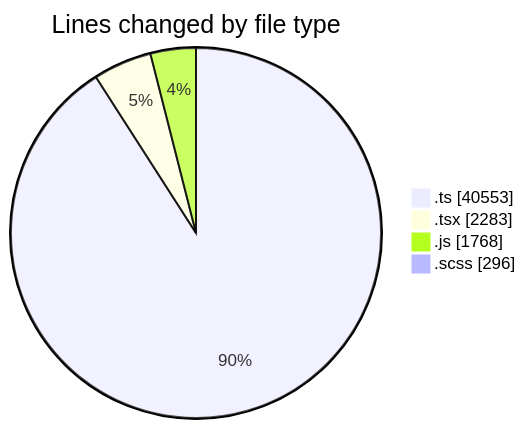
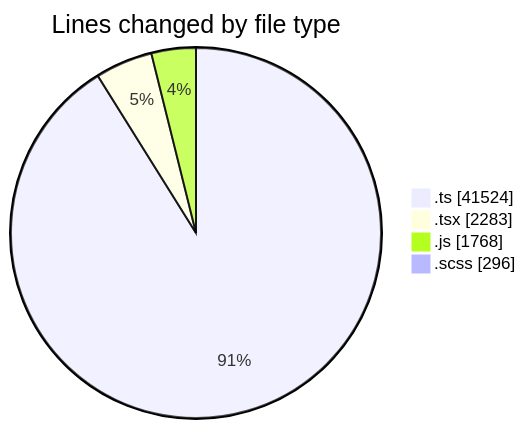
Before and after one commit to momahboobian/code-tracking: the first of 2 diagrams in 2025-06-23/cda/README.md, drawn with Mermaid. The commit also changed other lines of this file and 1 other file, not shown here.

````diff
--- a/2025-06-23/cda/README.md
+++ b/2025-06-23/cda/README.md
@@ -39,8 +39,8 @@
 ```mermaid
 pie showData
 title Lines changed by file type
-".ts" : 40553
+".ts" : 41524
 ".tsx" : 2283
 ".js" : 1768
 ".scss" : 296
 ```
````
